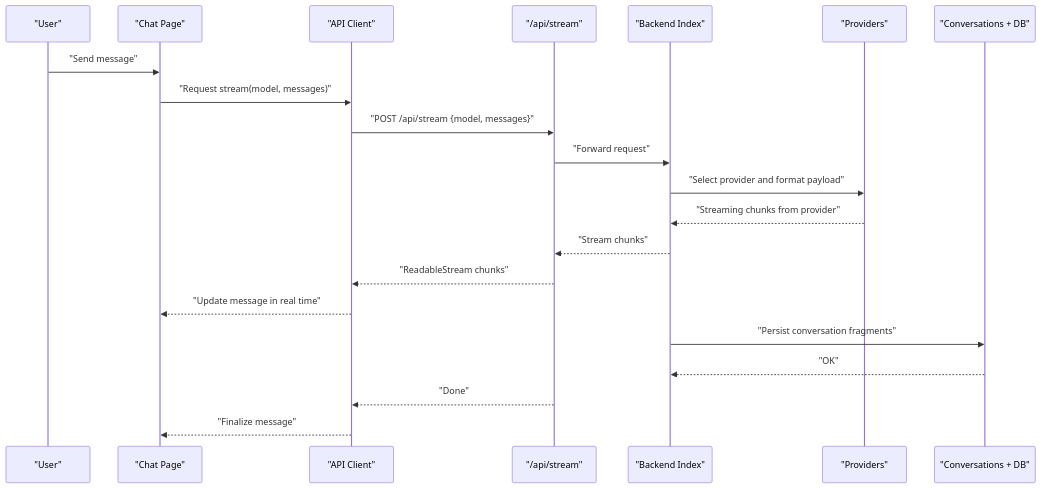
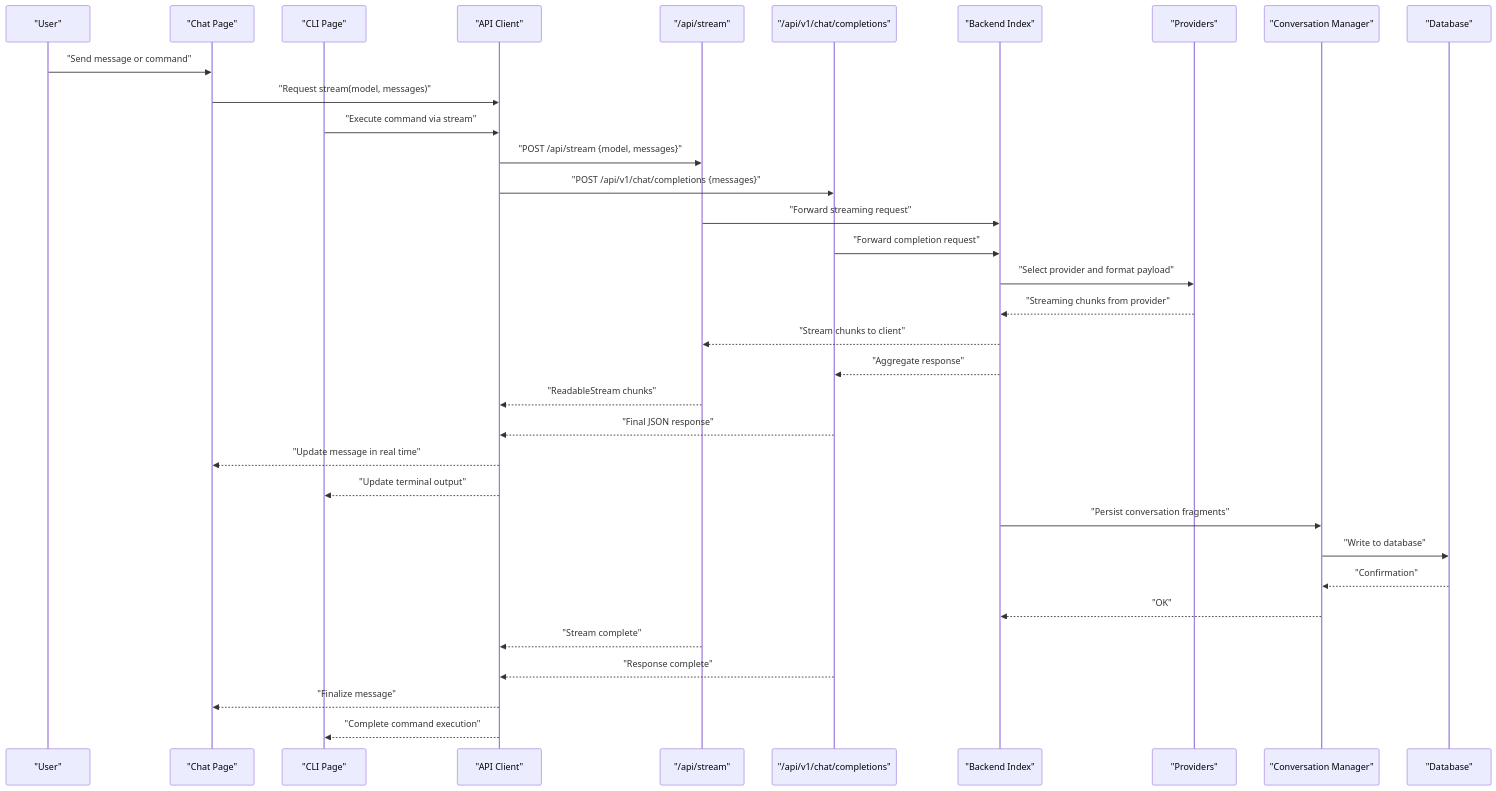
The second of 3 diagrams in .qoder/repowiki/en/content/Chat Interface.md (HassanAmeer/cheaprouter), drawn with Mermaid before and after one commit. The commit also changed other lines of this file and 54 other files, not shown here.

````diff
--- a/.qoder/repowiki/en/content/Chat Interface.md
+++ b/.qoder/repowiki/en/content/Chat Interface.md
@@ -147,23 +172,36 @@
 ```mermaid
 sequenceDiagram
 participant U as "User"
-participant C as "Chat Page"
+participant CP as "Chat Page"
+participant CLIP as "CLI Page"
 participant L as "API Client"
 participant S as "/api/stream"
+participant C as "/api/v1/chat/completions"
 participant B as "Backend Index"
 participant P as "Providers"
-participant DB as "Conversations + DB"
-U->>C : "Send message"
-C->>L : "Request stream(model, messages)"
+participant CM as "Conversation Manager"
+participant DB as "Database"
+U->>CP : "Send message or command"
+CP->>L : "Request stream(model, messages)"
+CLIP->>L : "Execute command via stream"
 L->>S : "POST /api/stream {model, messages}"
-S->>B : "Forward request"
+L->>C : "POST /api/v1/chat/completions {messages}"
+S->>B : "Forward streaming request"
+C->>B : "Forward completion request"
 B->>P : "Select provider and format payload"
 P-->>B : "Streaming chunks from provider"
-B-->>S : "Stream chunks"
+B-->>S : "Stream chunks to client"
+B-->>C : "Aggregate response"
 S-->>L : "ReadableStream chunks"
-L-->>C : "Update message in real time"
-B->>DB : "Persist conversation fragments"
-DB-->>B : "OK"
-S-->>L : "Done"
-L-->>C : "Finalize message"
+C-->>L : "Final JSON response"
+L-->>CP : "Update message in real time"
+L-->>CLIP : "Update terminal output"
+B->>CM : "Persist conversation fragments"
+CM->>DB : "Write to database"
+DB-->>CM : "Confirmation"
+CM-->>B : "OK"
+S-->>L : "Stream complete"
+C-->>L : "Response complete"
+L-->>CP : "Finalize message"
+L-->>CLIP : "Complete command execution"
 ```
````
